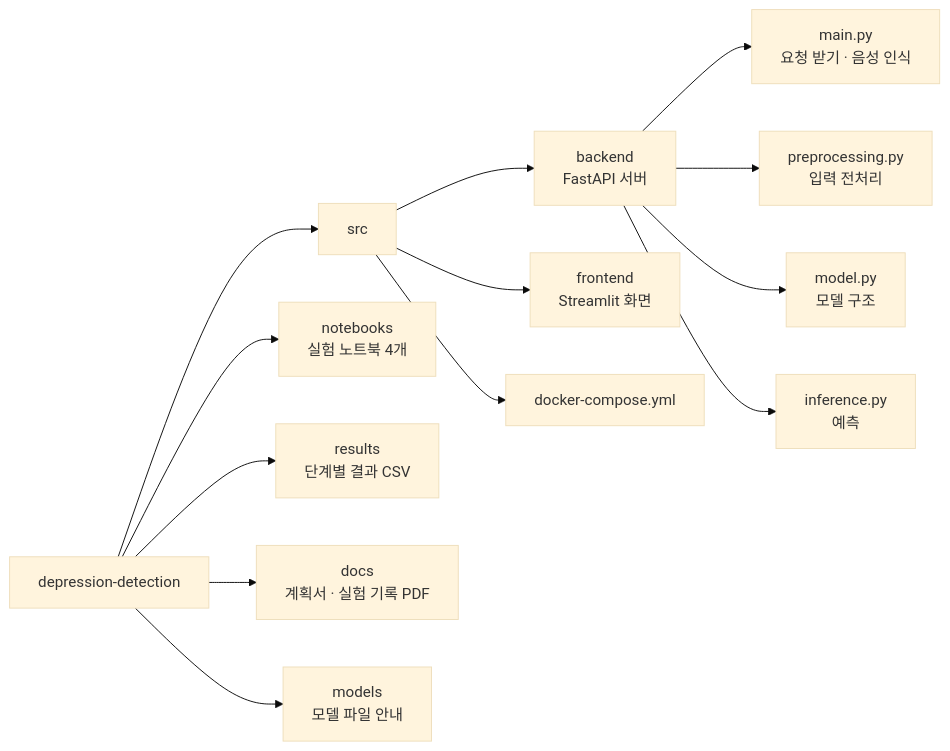
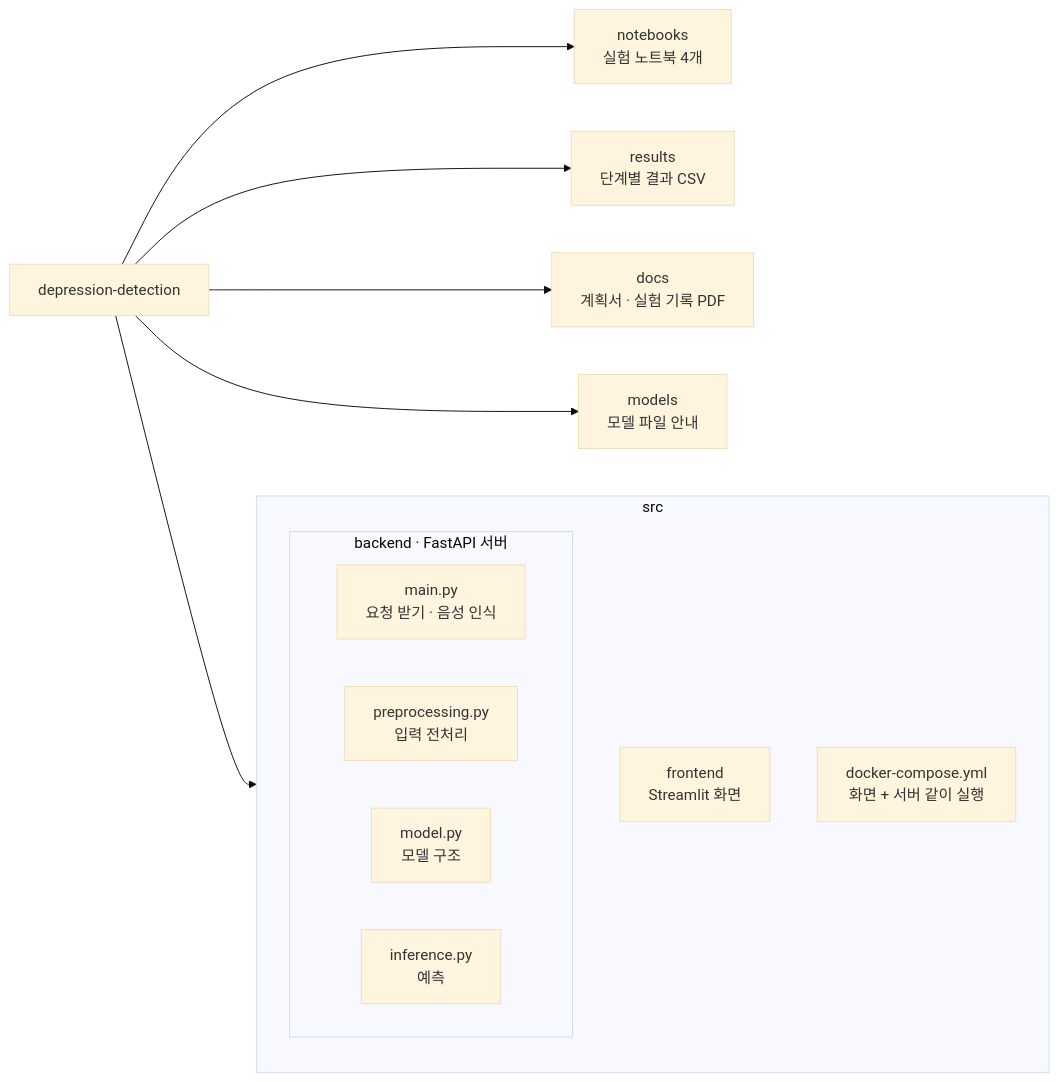
One commit to TaehyukRyu/depression-detection changed the fifth of 5 diagrams in README.md. Above: the diagram before and after it, drawn with Mermaid (base theme).

Commit message:
README 폴더 구조 그림 수정: 선 겹침 없애고 폴더를 상자로 표시

````diff
--- a/README.md
+++ b/README.md
@@ -135,15 +135,20 @@
 ```mermaid
 flowchart LR
-    R["depression-detection"] --> SRC["src"]
-    R --> NB["notebooks<br/>실험 노트북 4개"]
+    R["depression-detection"] --> NB["notebooks<br/>실험 노트북 4개"]
     R --> RS["results<br/>단계별 결과 CSV"]
     R --> DC["docs<br/>계획서 · 실험 기록 PDF"]
     R --> MD["models<br/>모델 파일 안내"]
-    SRC --> BE["backend<br/>FastAPI 서버"]
-    SRC --> FE["frontend<br/>Streamlit 화면"]
-    SRC --> DK["docker-compose.yml"]
-    BE --> B1["main.py<br/>요청 받기 · 음성 인식"]
-    BE --> B2["preprocessing.py<br/>입력 전처리"]
-    BE --> B3["model.py<br/>모델 구조"]
-    BE --> B4["inference.py<br/>예측"]
+    R --> S
+    subgraph S["src"]
+        direction TB
+        FE["frontend<br/>Streamlit 화면"]
+        DK["docker-compose.yml<br/>화면 + 서버 같이 실행"]
+        subgraph BE["backend · FastAPI 서버"]
+            direction LR
+            B1["main.py<br/>요청 받기 · 음성 인식"]
+            B2["preprocessing.py<br/>입력 전처리"]
+            B3["model.py<br/>모델 구조"]
+            B4["inference.py<br/>예측"]
+        end
+    end
 ```
````
